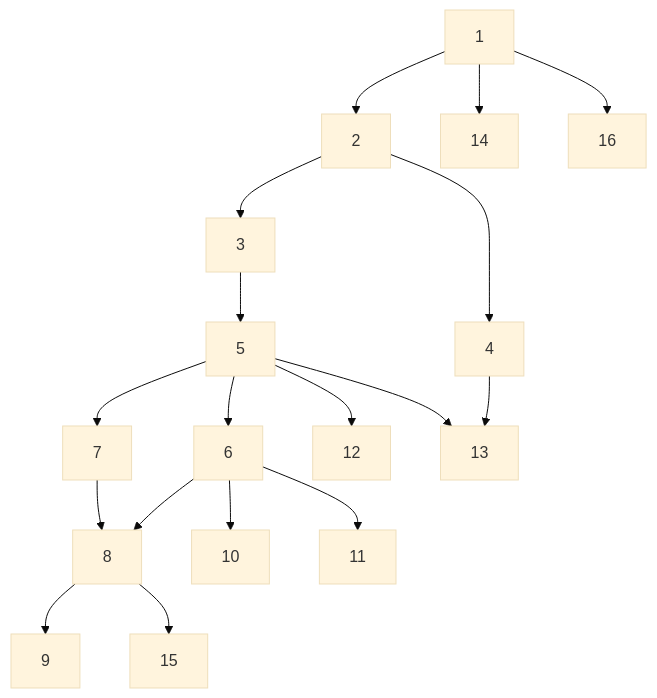
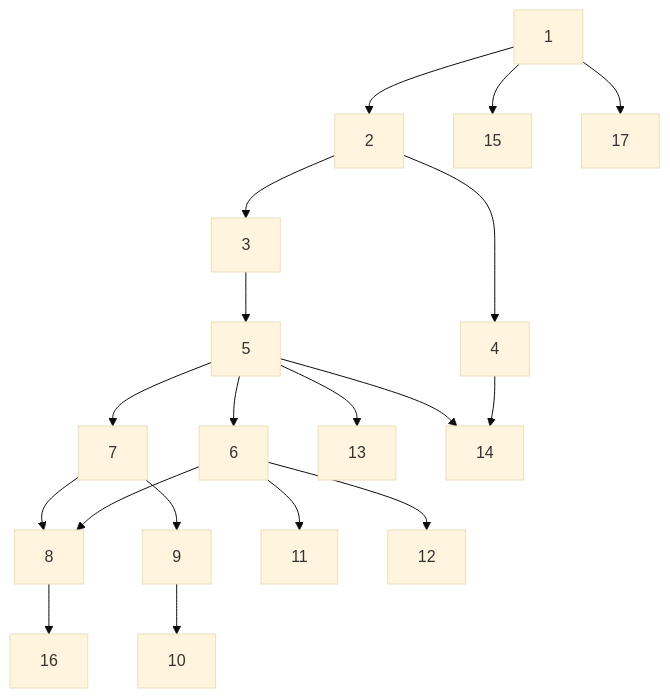
The diagram in README.md (Naviden/AI-and-Big-Data-Course), drawn with Mermaid (base theme) before and after one commit. The commit also changed 5 other files, not shown here.

````diff
--- a/README.md
+++ b/README.md
@@ -29,22 +29,23 @@
 ```mermaid
 graph TD;
     1-->2;
-	1-->16;
-	1-->14;
+	1-->17;
+	1-->15;
 	2-->3;
 	2-->4;
 	3-->5;
-	4-->13;
+	4-->14;
 	5-->6;
 	5-->7;
-	5-->12;
 	5-->13;
+	5-->14;
 	6-->8;
 	7-->8;
-	6-->10;
+	7-->9;
+	9-->10;
 	6-->11;
-	8-->9;
-	8-->15;
+	6-->12;
+	8-->16;
 
     
 ```
````
